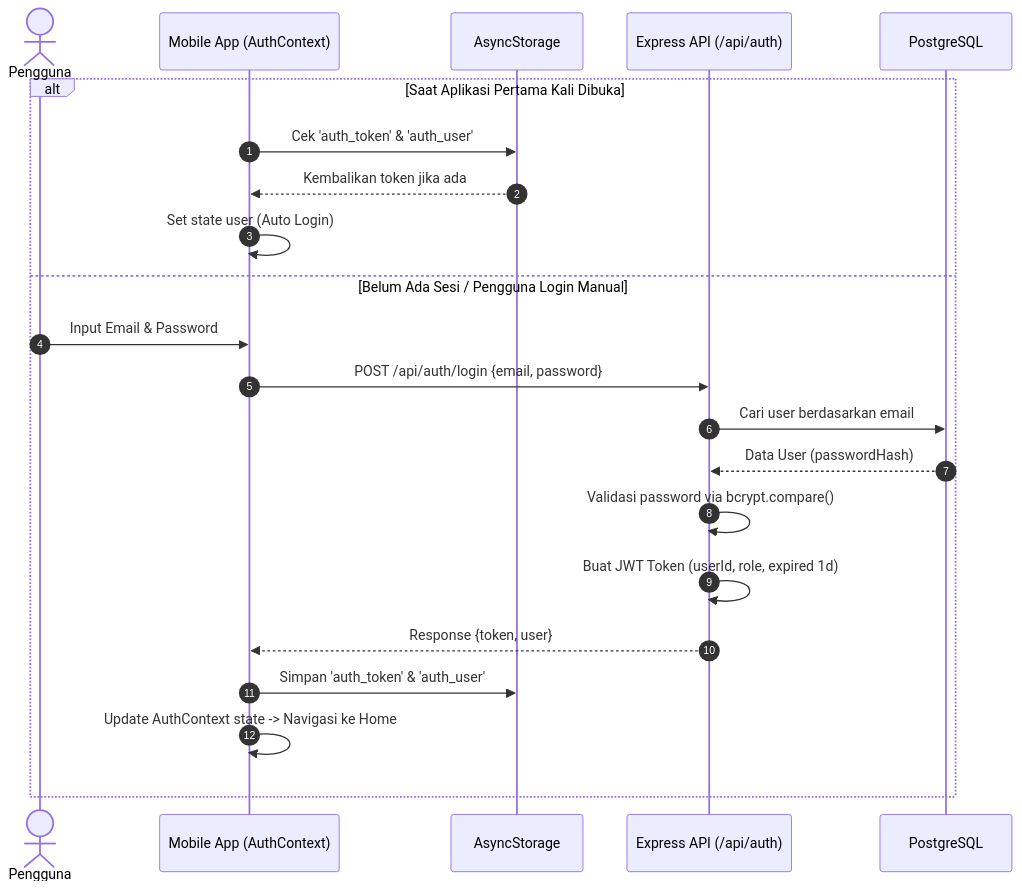
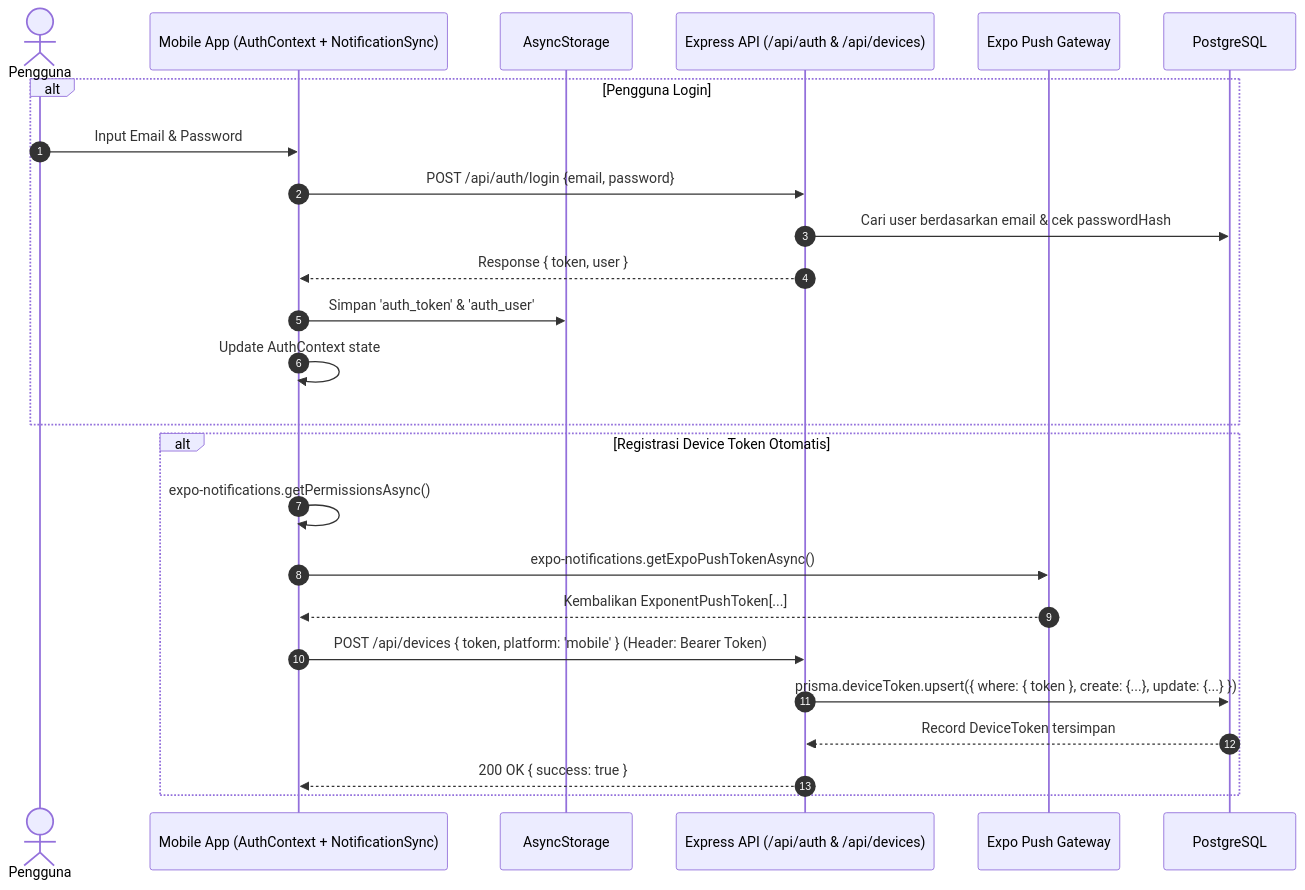
The first of 5 diagrams in docs/02_ALUR_FLOW_APLIKASI.md (inii-man/gofood-clone-day1), drawn with Mermaid before and after one commit. The commit also changed other lines of this file and 34 other files, not shown here.

Commit message:
feat: implement payment processing, push notifications, device tracking, Jest unit tests, and Day 3 documentation

````diff
--- a/docs/02_ALUR_FLOW_APLIKASI.md
+++ b/docs/02_ALUR_FLOW_APLIKASI.md
@@ -9,25 +9,29 @@
 ```mermaid
 sequenceDiagram
     autonumber
     actor Customer as Pengguna
-    participant Mobile as Mobile App (AuthContext)
+    participant Mobile as Mobile App (AuthContext + NotificationSync)
     participant Storage as AsyncStorage
-    participant API as Express API (/api/auth)
+    participant API as Express API (/api/auth & /api/devices)
+    participant ExpoPush as Expo Push Gateway
     participant DB as PostgreSQL
 
-    alt Saat Aplikasi Pertama Kali Dibuka
-        Mobile->>Storage: Cek 'auth_token' & 'auth_user'
-        Storage-->>Mobile: Kembalikan token jika ada
-        Mobile->>Mobile: Set state user (Auto Login)
-    else Belum Ada Sesi / Pengguna Login Manual
+    alt Pengguna Login
         Customer->>Mobile: Input Email & Password
         Mobile->>API: POST /api/auth/login {email, password}
-        API->>DB: Cari user berdasarkan email
-        DB-->>API: Data User (passwordHash)
-        API->>API: Validasi password via bcrypt.compare()
-        API->>API: Buat JWT Token (userId, role, expired 1d)
-        API-->>Mobile: Response {token, user}
+        API->>DB: Cari user berdasarkan email & cek passwordHash
+        API-->>Mobile: Response { token, user }
         Mobile->>Storage: Simpan 'auth_token' & 'auth_user'
-        Mobile->>Mobile: Update AuthContext state -> Navigasi ke Home
+        Mobile->>Mobile: Update AuthContext state
+    end
+
+    alt Registrasi Device Token Otomatis
+        Mobile->>Mobile: expo-notifications.getPermissionsAsync()
+        Mobile->>ExpoPush: expo-notifications.getExpoPushTokenAsync()
+        ExpoPush-->>Mobile: Kembalikan ExponentPushToken[...]
+        Mobile->>API: POST /api/devices { token, platform: 'mobile' } (Header: Bearer Token)
+        API->>DB: prisma.deviceToken.upsert({ where: { token }, create: {...}, update: {...} })
+        DB-->>API: Record DeviceToken tersimpan
+        API-->>Mobile: 200 OK { success: true }
     end
 ```
````
